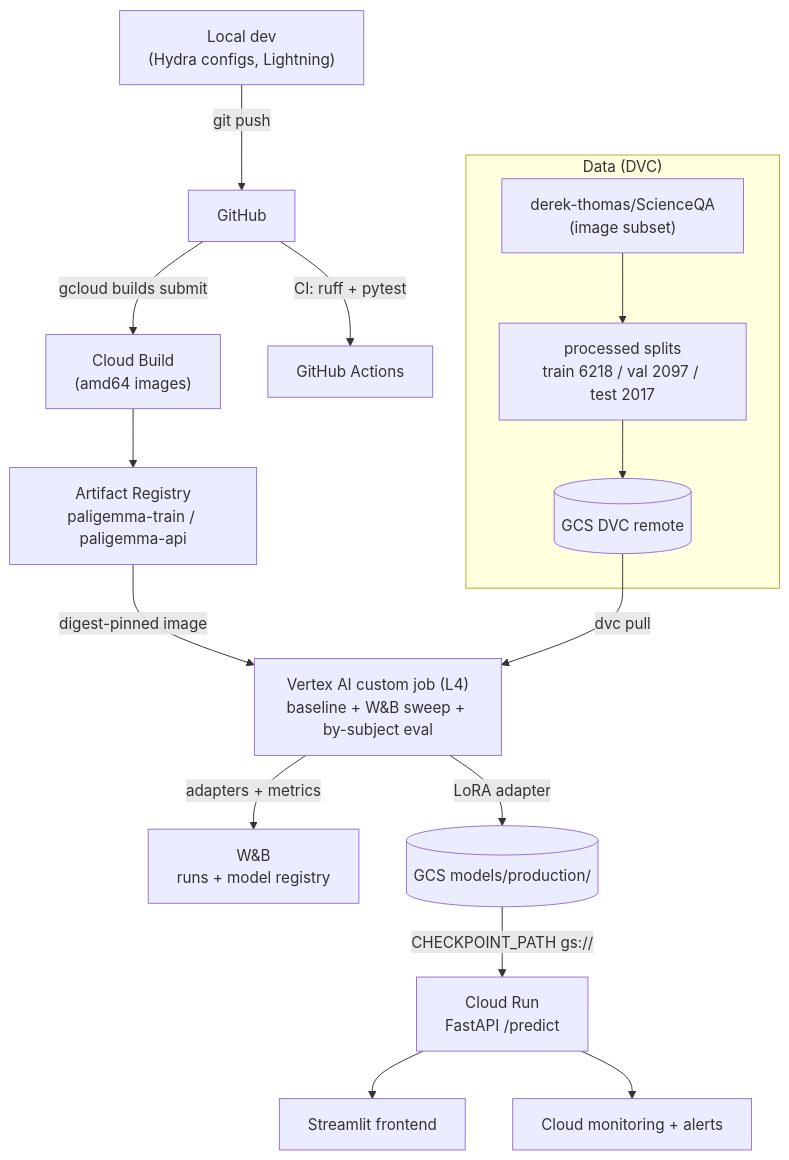
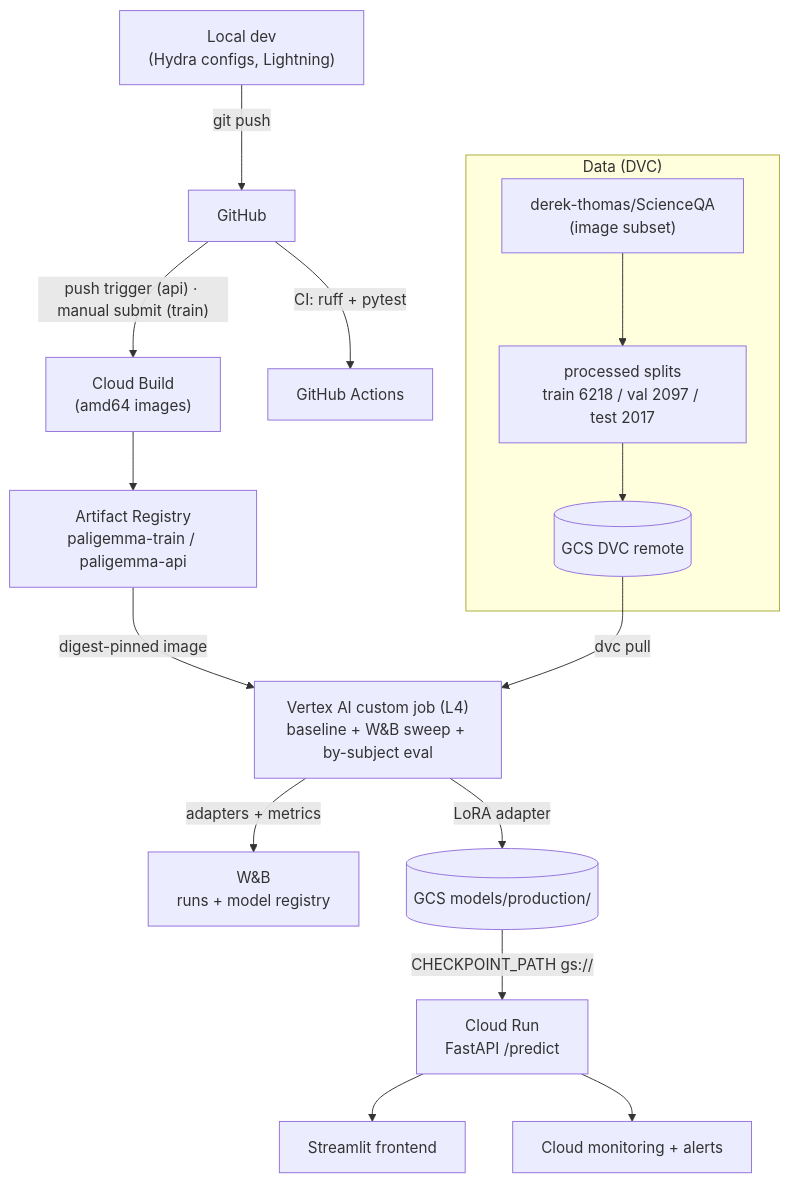
The diagram in docs/source/architecture.md (YuxinLiu42/finetune_paligemma2_scienceqa), drawn with Mermaid before and after one commit. The commit also changed 10 other files, not shown here.

````diff
--- a/docs/source/architecture.md
+++ b/docs/source/architecture.md
@@ -6,21 +6,21 @@
 ```mermaid
 flowchart TD
     dev["Local dev<br/>(Hydra configs, Lightning)"] -->|git push| gh["GitHub"]
     gh -->|"CI: ruff + pytest"| ci["GitHub Actions"]
-    gh -->|"gcloud builds submit"| cb["Cloud Build<br/>(amd64 images)"]
+    gh -->|"push trigger (api) · manual submit (train)"| cb["Cloud Build<br/>(amd64 images)"]
     cb --> ar["Artifact Registry<br/>paligemma-train / paligemma-api"]
 
     subgraph data["Data (DVC)"]
         hf["derek-thomas/ScienceQA<br/>(image subset)"] --> proc["processed splits<br/>train 6218 / val 2097 / test 2017"]
         proc --> gcs[("GCS DVC remote")]
     end
 
     ar -->|digest-pinned image| vertex["Vertex AI custom job (L4)<br/>baseline + W&B sweep + by-subject eval"]
     gcs -->|dvc pull| vertex
     vertex -->|adapters + metrics| wandb["W&B<br/>runs + model registry"]
     vertex -->|LoRA adapter| models[("GCS models/production/")]
 
     models -->|CHECKPOINT_PATH gs://| run["Cloud Run<br/>FastAPI /predict"]
     run --> ui["Streamlit frontend"]
     run --> mon["Cloud monitoring + alerts"]
 ```
````
